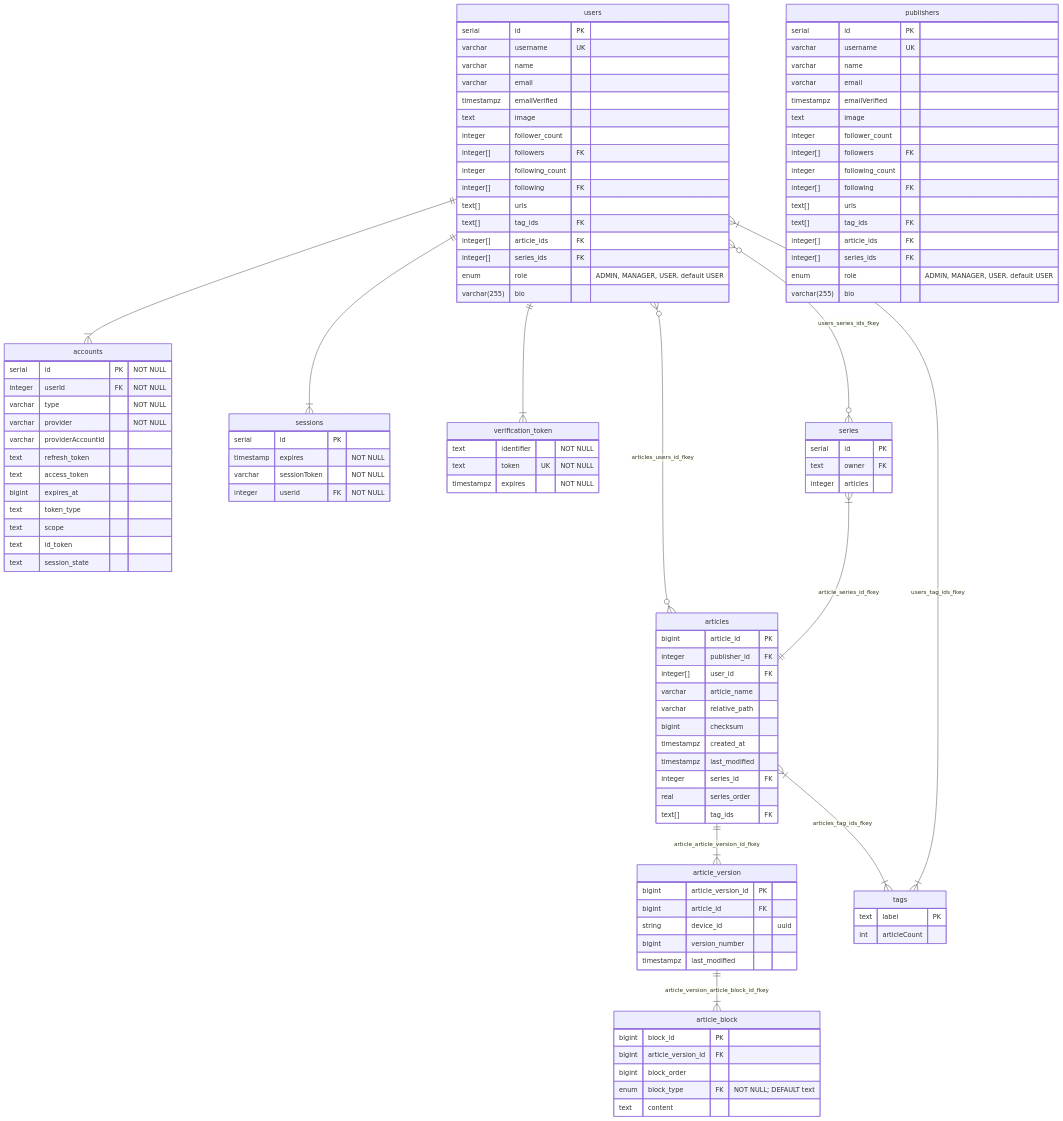
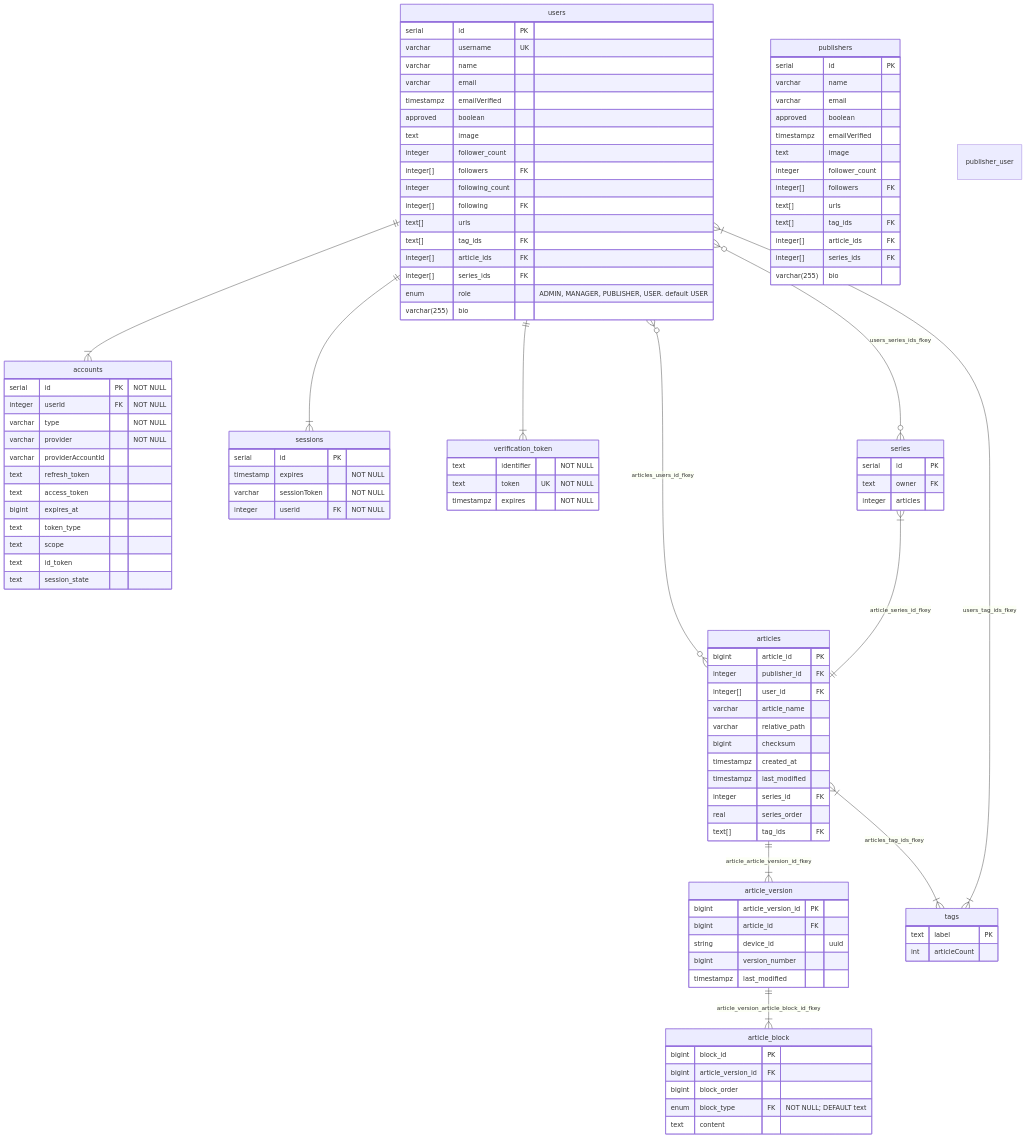
One commit to 4ry1337/my-obsidian changed the sixth of 6 diagrams in Capstone/Diagrams.md. Above: the diagram before and after it, drawn with Mermaid.

Commit message:
vault backup: 2024-01-18 10:53:04

```diff
--- a/Capstone/Diagrams.md
+++ b/Capstone/Diagrams.md
@@ -243,6 +243,7 @@
 	varchar name
 	varchar email
 	timestampz emailVerified
+	approved boolean
 	text image
 	
 	integer follower_count
@@ -253,7 +254,7 @@
 	text[] tag_ids FK
 	integer[] article_ids FK
 	integer[] series_ids FK
-	enum role "ADMIN, MANAGER, USER. default USER"
+	enum role "ADMIN, MANAGER, PUBLISHER, USER. default USER"
 	varchar(255) bio
 }
 sessions {
@@ -305,23 +306,25 @@
 }
 publishers {
 	serial id PK
-	varchar username UK
 	varchar name
 	varchar email
+	approved boolean
 	timestampz emailVerified
 	text image
 	
 	integer follower_count
 	integer[] followers FK
-	integer following_count
-	integer[] following FK
+	
 	text[] urls
 	text[] tag_ids FK
 	integer[] article_ids FK
 	integer[] series_ids FK
-	enum role "ADMIN, MANAGER, USER. default USER"
 	varchar(255) bio
 }
+publisher_user {
+	
+}
+
 users ||--|{ verification_token : ""
 users ||--|{ sessions : ""
 users ||--|{ accounts : ""
```
